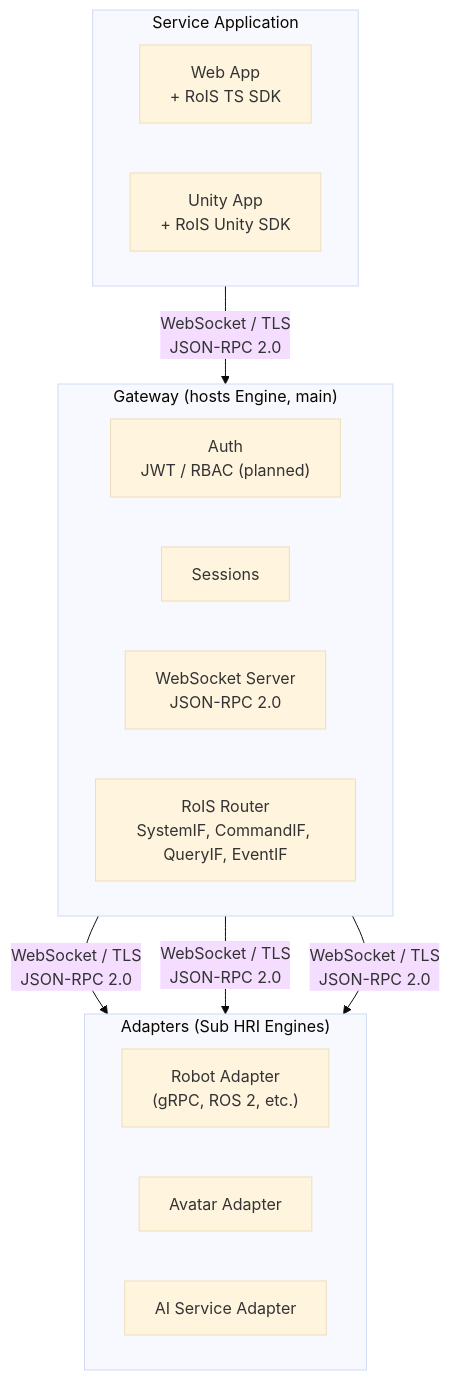
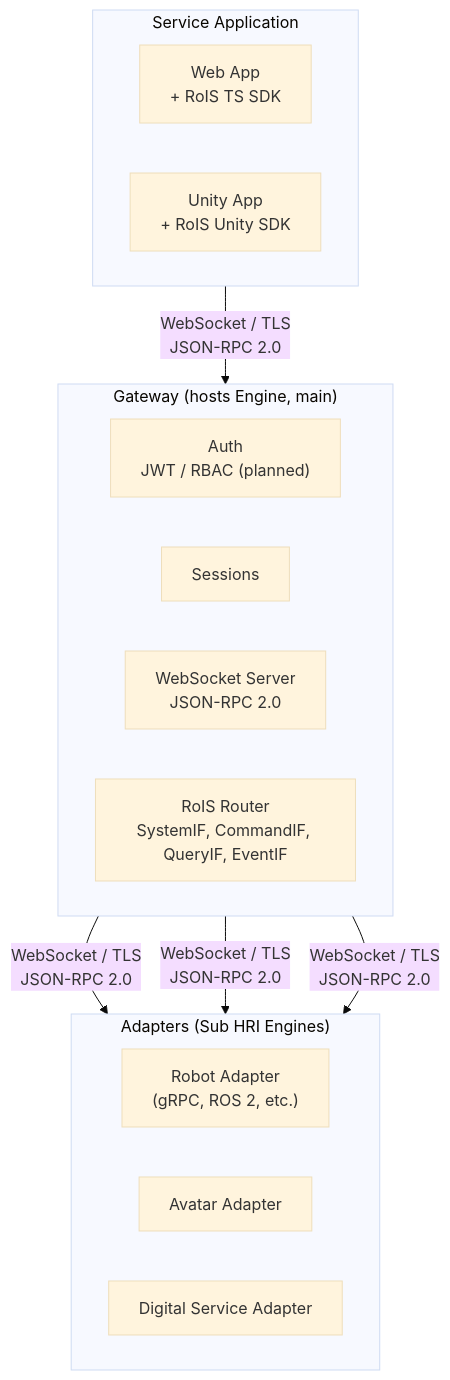
One commit to openrois/openrois changed the fifth of 18 diagrams in docs/white-paper.md. Above: the diagram before and after it, drawn with Mermaid (base theme). The commit also changed other lines of this file and 22 other files, not shown here.

First line of the commit message:
docs: align vocabulary, citation and diagrams with the camera-ready paper

````diff
--- a/docs/white-paper.md
+++ b/docs/white-paper.md
@@ -431,28 +431,28 @@
 ```mermaid
 flowchart TB
     subgraph L1["Service Application"]
         direction LR
         WebApp["Web App<br/>+ RoIS TS SDK"]
         UnityApp["Unity App<br/>+ RoIS Unity SDK"]
     end
 
     subgraph L2["Gateway (hosts Engine, main)"]
         direction LR
         Auth["Auth<br/>JWT / RBAC (planned)"]
         Session["Sessions"]
         WSServer["WebSocket Server<br/>JSON-RPC 2.0"]
         Router["RoIS Router<br/>SystemIF, CommandIF, QueryIF, EventIF"]
     end
 
     subgraph L3["Adapters (Sub HRI Engines)"]
         direction LR
         RobotAdapter["Robot Adapter<br/>(gRPC, ROS 2, etc.)"]
         AvatarAdapter["Avatar Adapter"]
-        ServiceAdapter["AI Service Adapter"]
+        ServiceAdapter["Digital Service Adapter"]
     end
 
     L1 -->|"WebSocket / TLS<br/>JSON-RPC 2.0"| L2
     L2 -->|"WebSocket / TLS<br/>JSON-RPC 2.0"| RobotAdapter
     L2 -->|"WebSocket / TLS<br/>JSON-RPC 2.0"| AvatarAdapter
     L2 -->|"WebSocket / TLS<br/>JSON-RPC 2.0"| ServiceAdapter
 ```
````
